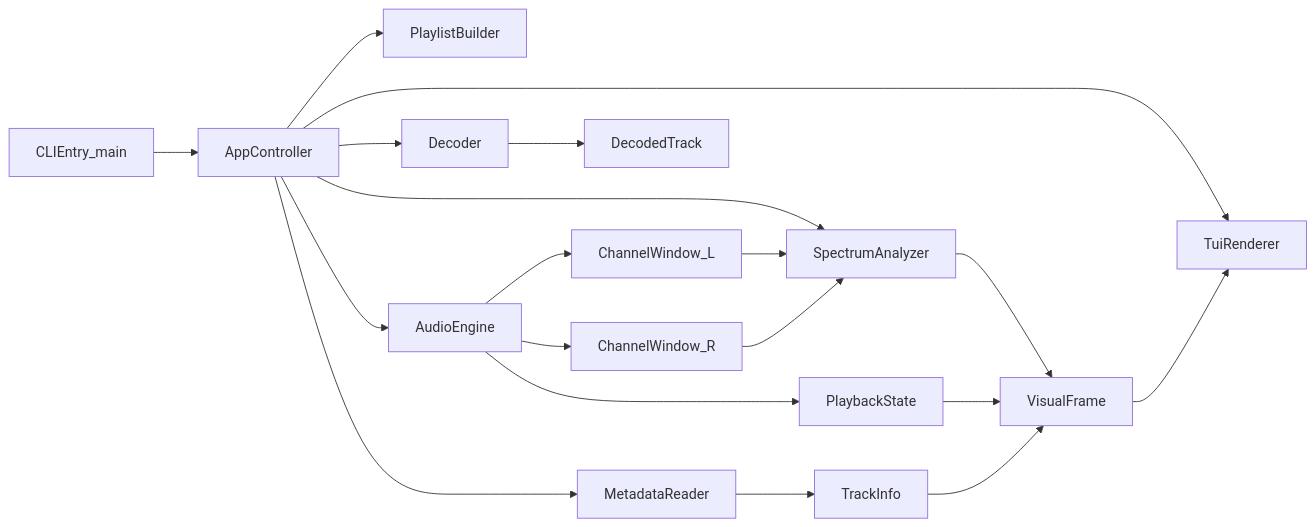
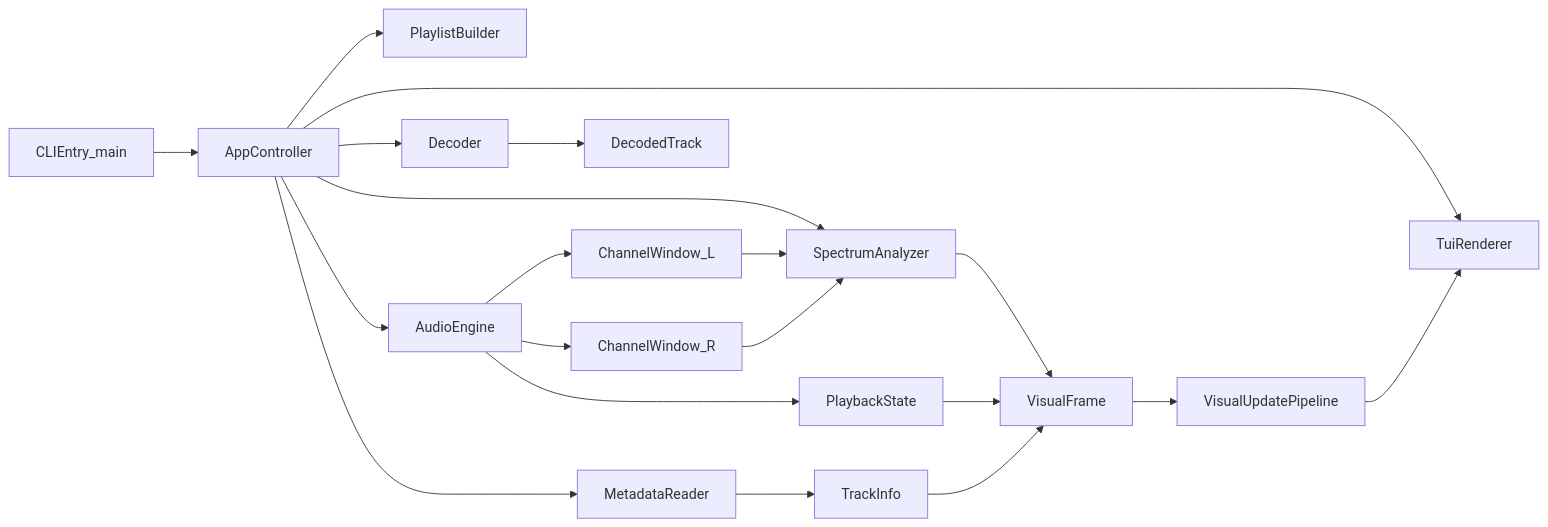
The first of 4 diagrams in docs/dev/architecture_zh-CN.md (virtualguard101/vocalplayer), drawn with Mermaid before and after one commit. The commit also changed other lines of this file and 12 other files, not shown here.

````diff
--- a/docs/dev/architecture_zh-CN.md
+++ b/docs/dev/architecture_zh-CN.md
@@ -21,21 +21,22 @@
 ```mermaid
 flowchart LR
   cliEntry[CLIEntry_main] --> appController[AppController]
   appController --> playlistBuilder[PlaylistBuilder]
   appController --> decoder[Decoder]
   appController --> metadataReader[MetadataReader]
   appController --> audioEngine[AudioEngine]
   appController --> spectrumAnalyzer[SpectrumAnalyzer]
   appController --> tuiRenderer[TuiRenderer]
   decoder --> decodedTrack[DecodedTrack]
   metadataReader --> trackInfo[TrackInfo]
   audioEngine --> playbackState[PlaybackState]
   audioEngine --> channelWindowL[ChannelWindow_L]
   audioEngine --> channelWindowR[ChannelWindow_R]
   spectrumAnalyzer --> visualFrame[VisualFrame]
   playbackState --> visualFrame
   trackInfo --> visualFrame
   channelWindowL --> spectrumAnalyzer
   channelWindowR --> spectrumAnalyzer
-  visualFrame --> tuiRenderer
+  visualFrame --> visualPipeline[VisualUpdatePipeline]
+  visualPipeline --> tuiRenderer
 ```
````
